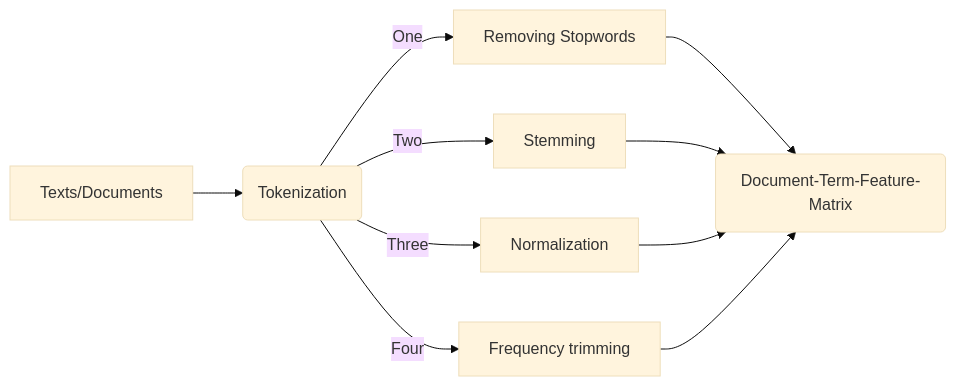
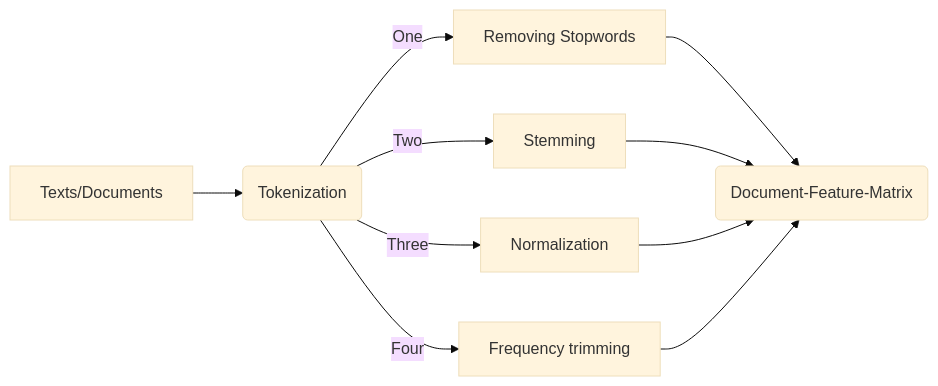
One commit to masurp/VU_CADC changed the diagram in slides/02_textanalysis.qmd. Above: the diagram before and after it, drawn with Mermaid (base theme). The commit also changed other lines of this file and 4 other files, not shown here.

````diff
--- a/slides/02_textanalysis.qmd
+++ b/slides/02_textanalysis.qmd
@@ -283,12 +271,12 @@
 ```{mermaid}
 flowchart LR
     A[Texts/Documents] --> B(Tokenization)
     B -->|One| D[Removing Stopwords]
     B -->|Two| E[Stemming]
     B -->|Three| F[Normalization]
     B -->|Four| G[Frequency trimming]
-    D --> H(Document-Term-Feature-Matrix)
+    D --> H(Document-Feature-Matrix)
     E --> H
     F --> H
     G --> H
 ```
````
